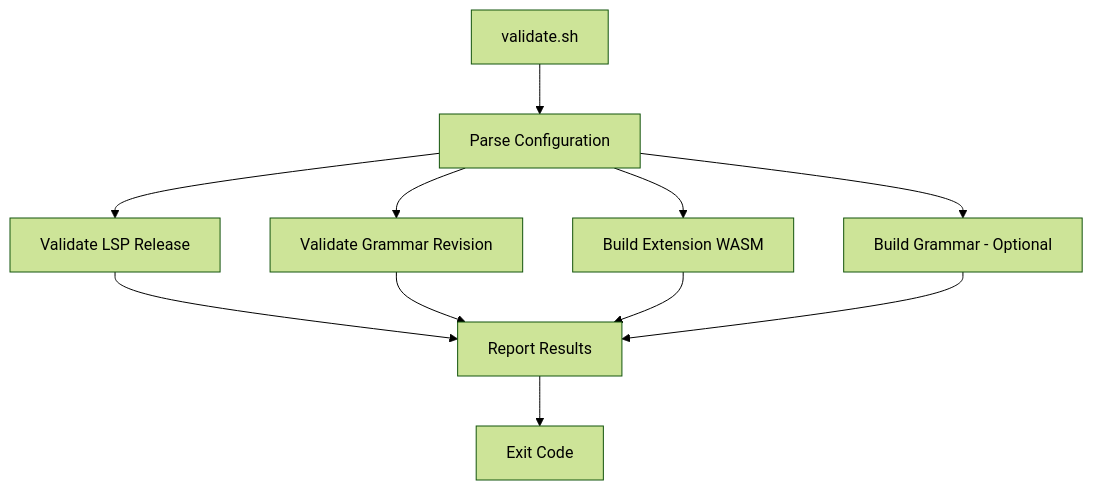
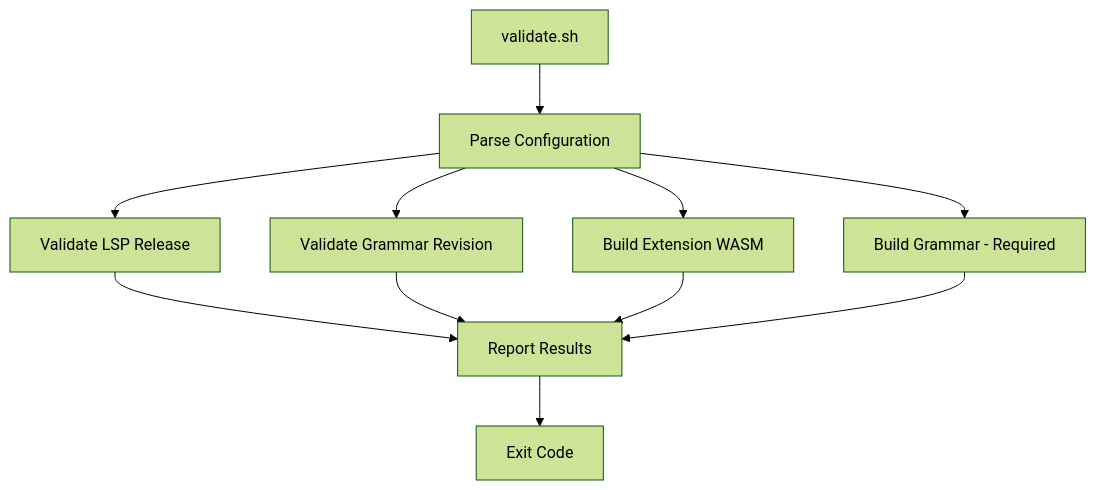
Before and after one commit to jbearak/zed-stata: the diagram in .kiro/specs/extension-build-validation/design.md, drawn with Mermaid (forest theme). The commit also changed other lines of this file and 1 other file, not shown here.

Commit message:
Add spec: extension-build-validation

````diff
--- a/.kiro/specs/extension-build-validation/design.md
+++ b/.kiro/specs/extension-build-validation/design.md
@@ -11,13 +11,13 @@
 ```mermaid
 flowchart TD
     A[validate.sh] --> B[Parse Configuration]
     B --> C[Validate LSP Release]
     B --> D[Validate Grammar Revision]
     B --> E[Build Extension WASM]
-    B --> F[Build Grammar - Optional]
+    B --> F[Build Grammar - Required]
     C --> G[Report Results]
     D --> G
     E --> G
     F --> G
     G --> H[Exit Code]
 ```
````
